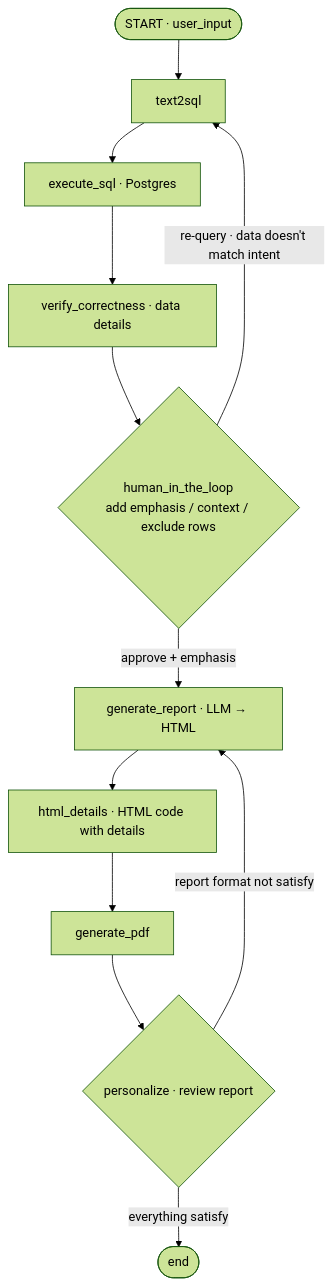
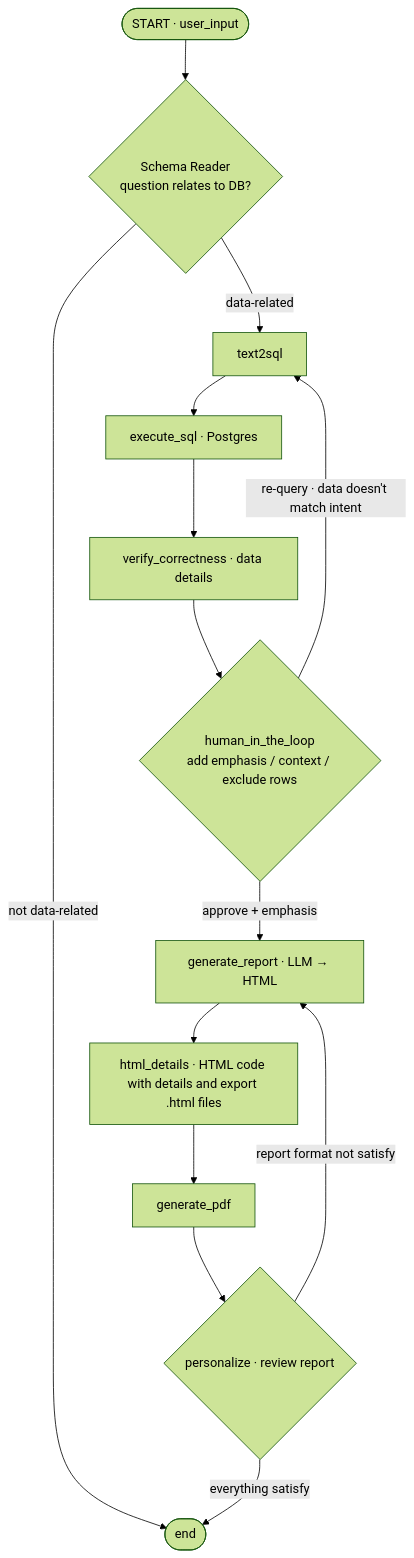
Before and after one commit to Nattawat1409/LLM-Auto-Generate-report: the diagram in app/docs/graph_draft.md, drawn with Mermaid (forest theme). The commit also changed 16 other files, not shown here.

Commit message:
refine the text2sql node , interconnectted amount of node within full graph

````diff
--- a/app/docs/graph_draft.md
+++ b/app/docs/graph_draft.md
@@ -1,14 +1,16 @@
 ```mermaid
 flowchart TD
-    START([START · user_input]) --> T2S[text2sql]
+    START([START · user_input]) --> SCHEMA{Schema Reader<br/>question relates to DB?}
+    SCHEMA -->|not data-related| DONE([end])
+    SCHEMA -->|data-related| T2S[text2sql]
     T2S --> EXEC[execute_sql · Postgres]
     EXEC --> VERIFY[verify_correctness · data details]
     VERIFY --> HITL{human_in_the_loop<br/>add emphasis / context / exclude rows}
+    HITL -->|re-query · data doesn't match intent| T2S
     HITL -->|approve + emphasis| GEN[generate_report · LLM → HTML]
-    HITL -->|re-query · data doesn't match intent| T2S
-    GEN --> HTMLD[html_details · HTML code with details]
+    GEN --> HTMLD[html_details · HTML code with details and export .html files]
     HTMLD --> PDF[generate_pdf]
     PDF --> PERS{personalize · review report}
     PERS -->|report format not satisfy| GEN
-    PERS -->|everything satisfy| DONE([end])
+    PERS -->|everything satisfy| DONE
 ```
````
